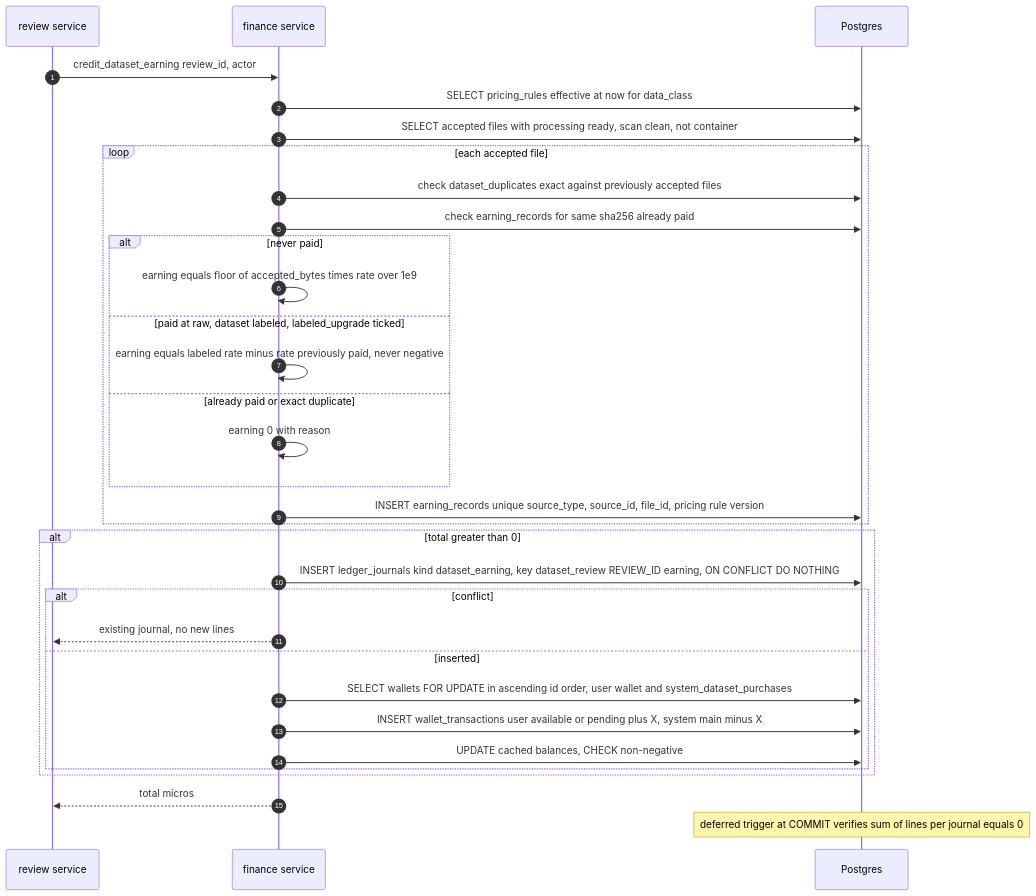
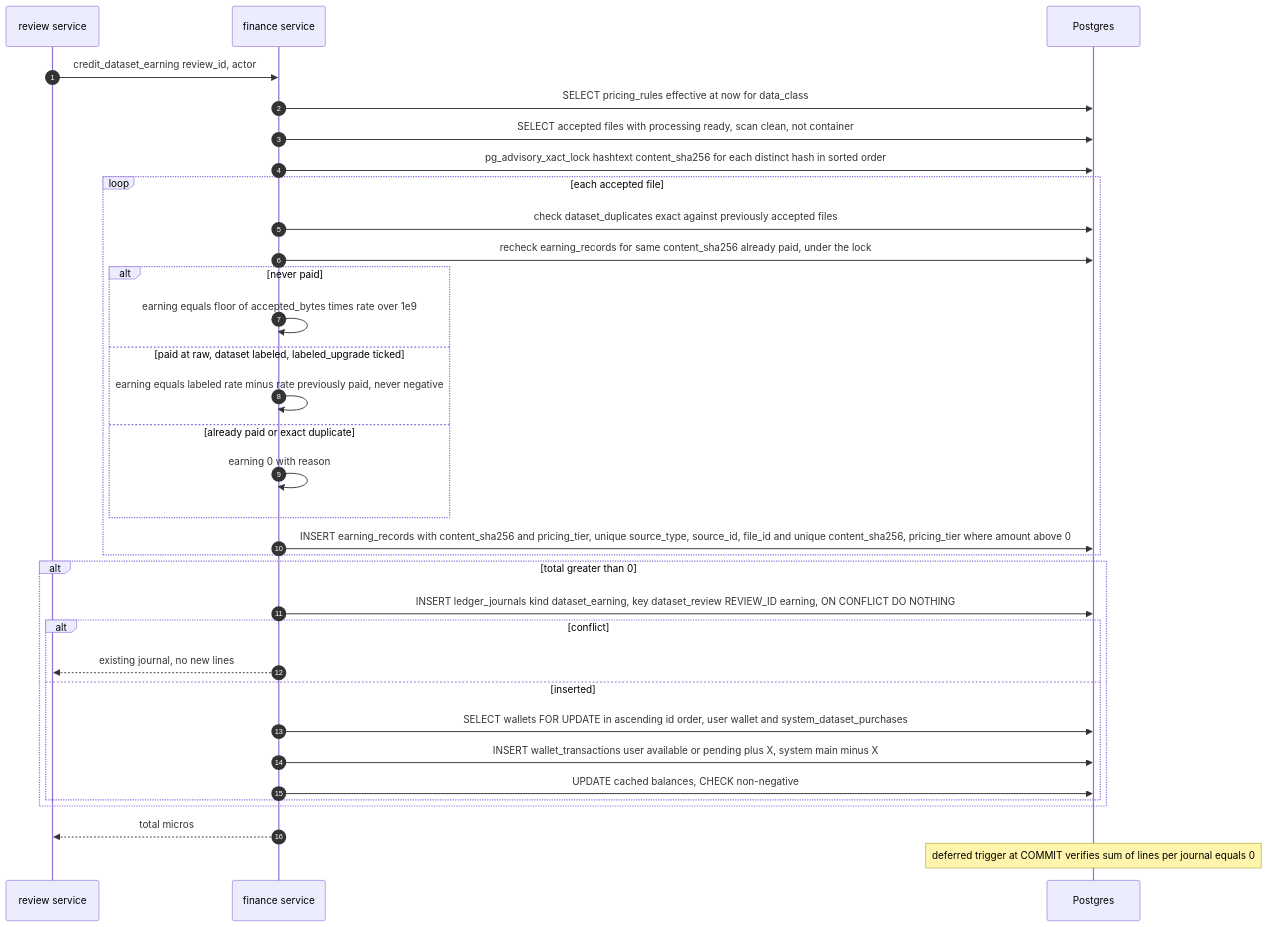
One commit to SORYA-DATAHUB/DataHub changed the fifth of 8 diagrams in docs/02-system-architecture/SDD.md. Above: the diagram before and after it, drawn with Mermaid. The commit also changed other lines of this file and 19 other files, not shown here.

````diff
--- a/docs/02-system-architecture/SDD.md
+++ b/docs/02-system-architecture/SDD.md
@@ -267,34 +267,35 @@
 ```mermaid
 sequenceDiagram
     autonumber
     participant RS as review service
     participant FS as finance service
     participant DB as Postgres
     RS->>FS: credit_dataset_earning review_id, actor
     FS->>DB: SELECT pricing_rules effective at now for data_class
     FS->>DB: SELECT accepted files with processing ready, scan clean, not container
+    FS->>DB: pg_advisory_xact_lock hashtext content_sha256 for each distinct hash in sorted order
     loop each accepted file
         FS->>DB: check dataset_duplicates exact against previously accepted files
-        FS->>DB: check earning_records for same sha256 already paid
+        FS->>DB: recheck earning_records for same content_sha256 already paid, under the lock
         alt never paid
             FS->>FS: earning equals floor of accepted_bytes times rate over 1e9
         else paid at raw, dataset labeled, labeled_upgrade ticked
             FS->>FS: earning equals labeled rate minus rate previously paid, never negative
         else already paid or exact duplicate
             FS->>FS: earning 0 with reason
         end
-        FS->>DB: INSERT earning_records unique source_type, source_id, file_id, pricing rule version
+        FS->>DB: INSERT earning_records with content_sha256 and pricing_tier, unique source_type, source_id, file_id and unique content_sha256, pricing_tier where amount above 0
     end
     alt total greater than 0
         FS->>DB: INSERT ledger_journals kind dataset_earning, key dataset_review REVIEW_ID earning, ON CONFLICT DO NOTHING
         alt conflict
             FS-->>RS: existing journal, no new lines
         else inserted
             FS->>DB: SELECT wallets FOR UPDATE in ascending id order, user wallet and system_dataset_purchases
             FS->>DB: INSERT wallet_transactions user available or pending plus X, system main minus X
             FS->>DB: UPDATE cached balances, CHECK non-negative
         end
     end
     FS-->>RS: total micros
     Note over DB: deferred trigger at COMMIT verifies sum of lines per journal equals 0
 ```
````
